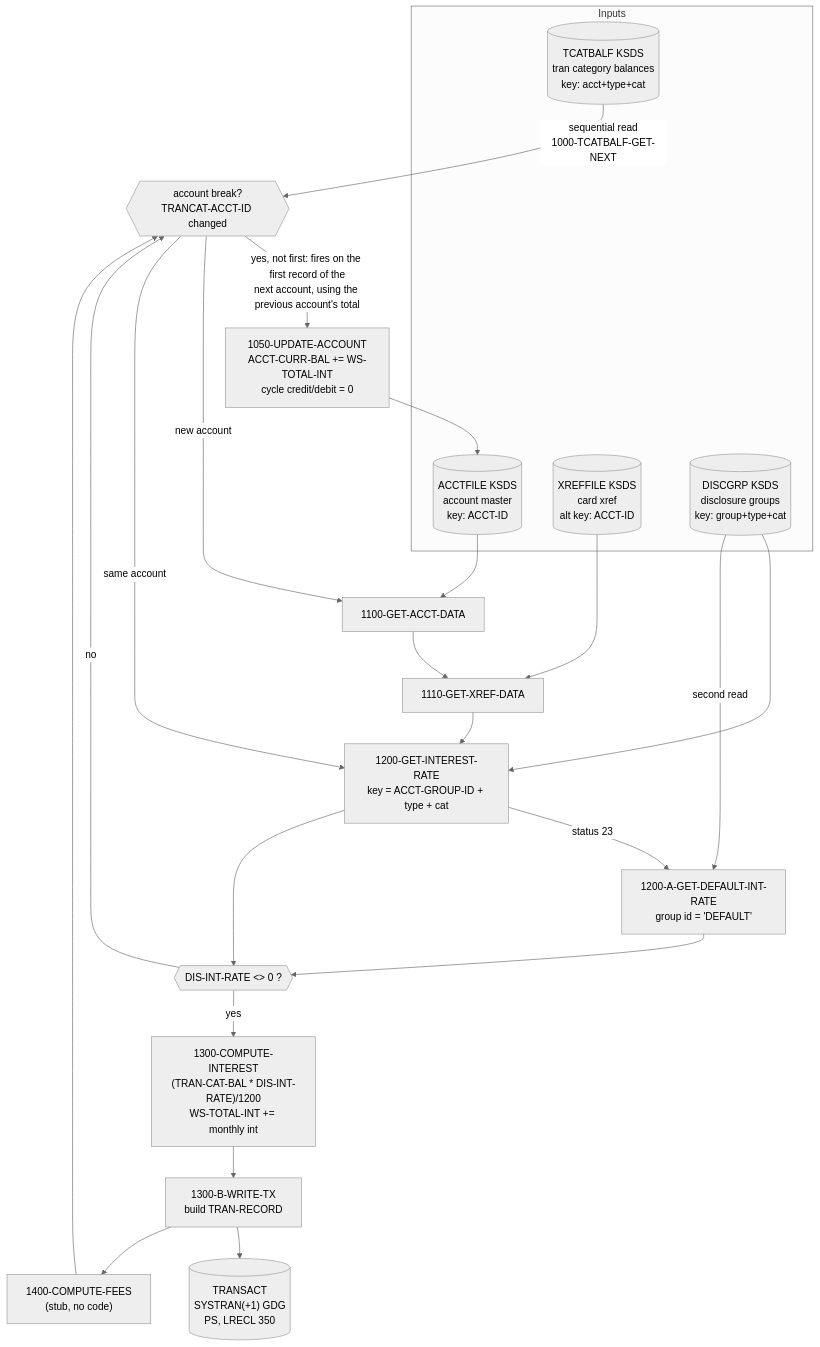
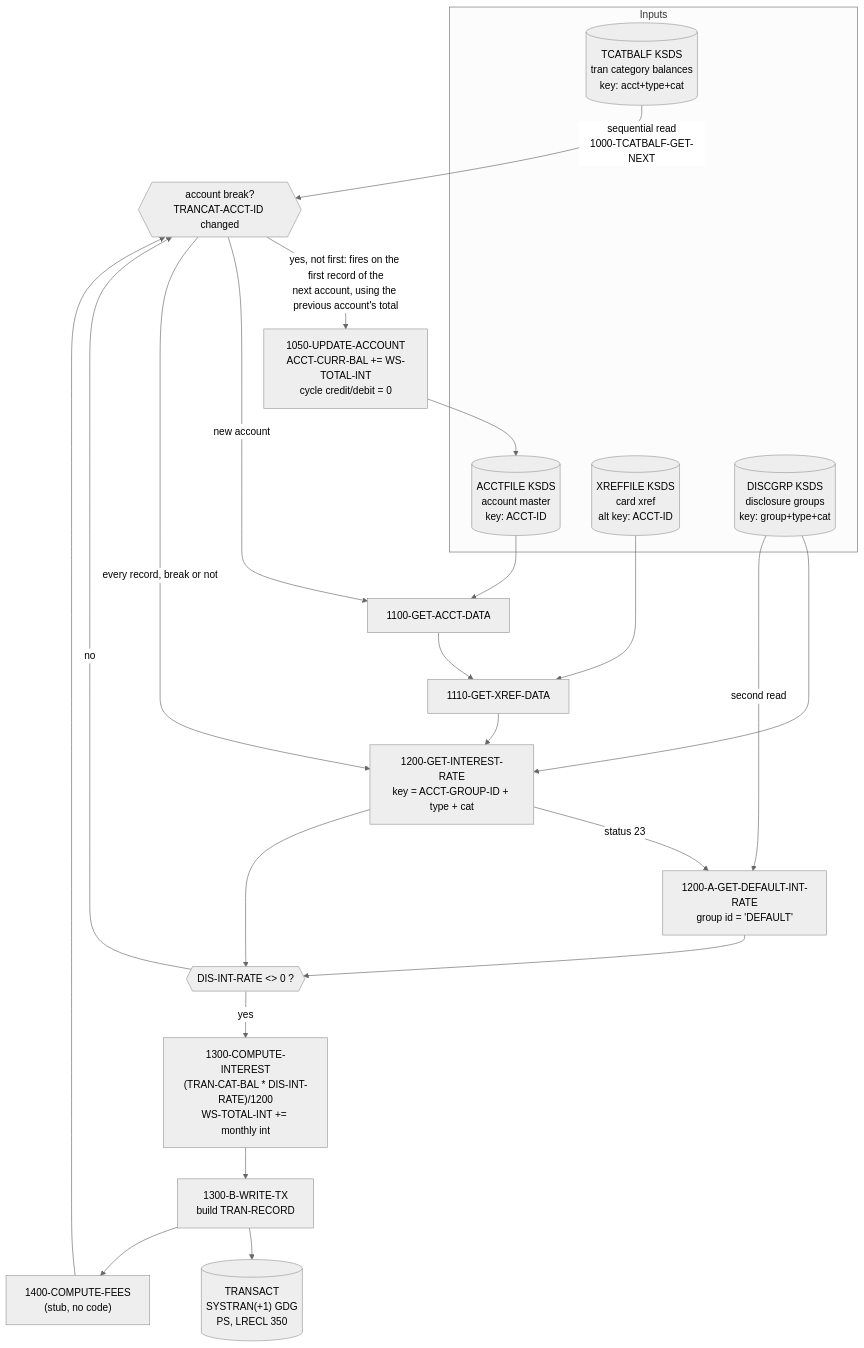
The diagram in docs/interest-accrual-batch.md (Chadillac6/mainframeCOBOL-modernization-carddemo), drawn with Mermaid (neutral theme) before and after one commit.

Commit message:
docs: clarify rate lookup runs for every record

````diff
--- a/docs/interest-accrual-batch.md
+++ b/docs/interest-accrual-batch.md
@@ -94,30 +94,30 @@
 ```mermaid
 flowchart TD
     subgraph Inputs
         TCB[("TCATBALF KSDS<br/>tran category balances<br/>key: acct+type+cat")]
         ACCT[("ACCTFILE KSDS<br/>account master<br/>key: ACCT-ID")]
         XREF[("XREFFILE KSDS<br/>card xref<br/>alt key: ACCT-ID")]
         DISC[("DISCGRP KSDS<br/>disclosure groups<br/>key: group+type+cat")]
     end
 
     TCB -->|sequential read<br/>1000-TCATBALF-GET-NEXT| LOOP{{"account break?<br/>TRANCAT-ACCT-ID changed"}}
     LOOP -->|yes, not first: fires on the first record of the<br/>next account, using the previous account's total| UPD["1050-UPDATE-ACCOUNT<br/>ACCT-CURR-BAL += WS-TOTAL-INT<br/>cycle credit/debit = 0"]
     UPD --> ACCT
     LOOP -->|new account| RD1["1100-GET-ACCT-DATA"]
     ACCT --> RD1
     RD1 --> RD2["1110-GET-XREF-DATA"]
     XREF --> RD2
     RD2 --> RATE
-    LOOP -->|same account| RATE["1200-GET-INTEREST-RATE<br/>key = ACCT-GROUP-ID + type + cat"]
+    LOOP -->|every record, break or not| RATE["1200-GET-INTEREST-RATE<br/>key = ACCT-GROUP-ID + type + cat"]
     DISC --> RATE
     RATE -->|status 23| DEF["1200-A-GET-DEFAULT-INT-RATE<br/>group id = 'DEFAULT'"]
     DISC -->|second read| DEF
     DEF --> CHK
     RATE --> CHK{{"DIS-INT-RATE <> 0 ?"}}
     CHK -->|no| LOOP
     CHK -->|yes| CALC["1300-COMPUTE-INTEREST<br/>(TRAN-CAT-BAL * DIS-INT-RATE)/1200<br/>WS-TOTAL-INT += monthly int"]
     CALC --> TX["1300-B-WRITE-TX<br/>build TRAN-RECORD"]
     TX --> OUT[("TRANSACT<br/>SYSTRAN(+1) GDG<br/>PS, LRECL 350")]
     TX --> FEES["1400-COMPUTE-FEES<br/>(stub, no code)"]
     FEES --> LOOP
 ```
````
